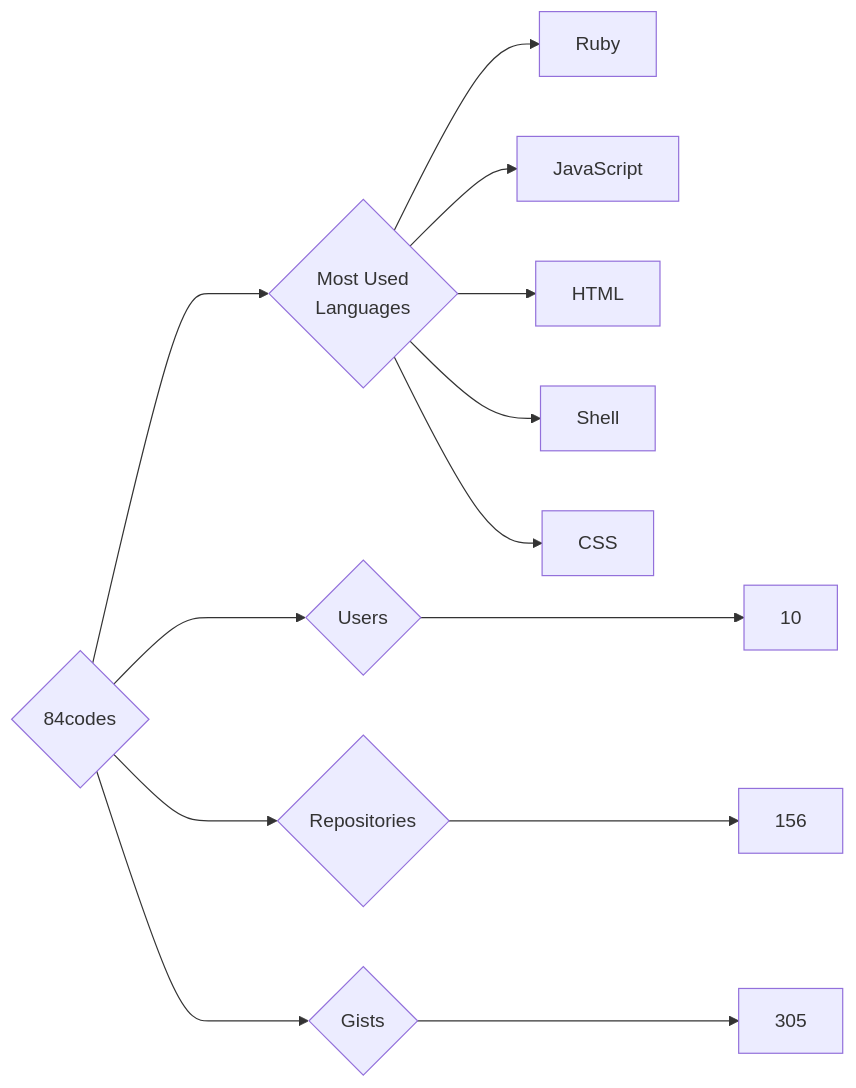
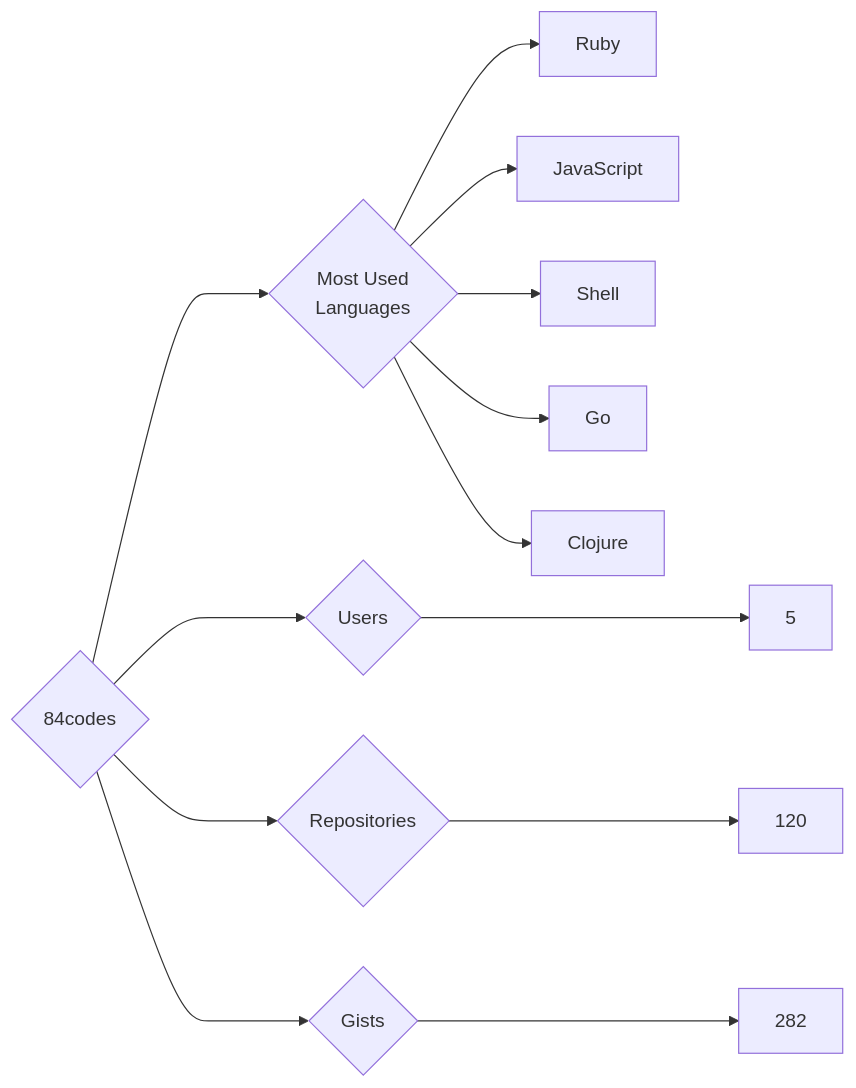
One commit to trickest/insiders changed the diagram in targets/84codes/README.md. Above: the diagram before and after it, drawn with Mermaid. The commit also changed 935 other files, not shown here.

````diff
--- a/targets/84codes/README.md
+++ b/targets/84codes/README.md
@@ -3,13 +3,13 @@
 ```mermaid
 graph LR
 COMPANY_NAME{84codes}
-COMPANY_NAME ---> U{Users} ---> UN[10]
-COMPANY_NAME ---> R{Repositories} ---> RN[156]
-COMPANY_NAME ---> G{Gists} ---> GN[305]
+COMPANY_NAME ---> U{Users} ---> UN[5]
+COMPANY_NAME ---> R{Repositories} ---> RN[120]
+COMPANY_NAME ---> G{Gists} ---> GN[282]
 COMPANY_NAME ---> ML{Most Used<br>Languages}
 ML --> Ruby[Ruby]
 ML --> JavaScript[JavaScript]
-ML --> HTML[HTML]
 ML --> Shell[Shell]
-ML --> CSS[CSS]
+ML --> Go[Go]
+ML --> Clojure[Clojure]
 ```
````
